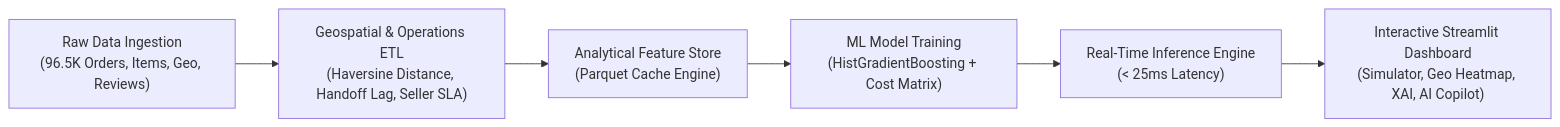
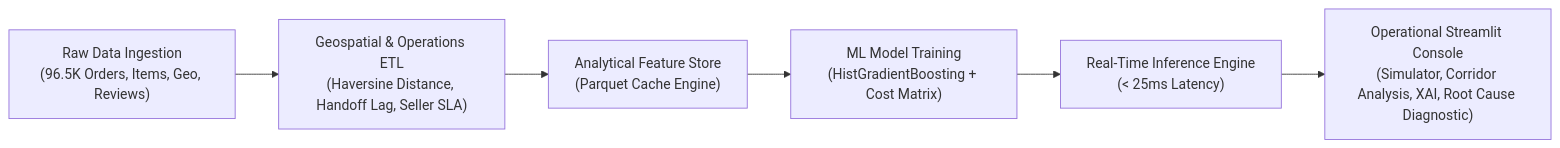
The diagram in README.md (oddproblem/ecom-analytics), drawn with Mermaid before and after one commit. The commit also changed other lines of this file and 4 other files, not shown here.

````diff
--- a/README.md
+++ b/README.md
@@ -29,8 +30,8 @@
 ```mermaid
 flowchart LR
     A["Raw Data Ingestion<br/>(96.5K Orders, Items, Geo, Reviews)"] --> B["Geospatial & Operations ETL<br/>(Haversine Distance, Handoff Lag, Seller SLA)"]
     B --> C["Analytical Feature Store<br/>(Parquet Cache Engine)"]
     C --> D["ML Model Training<br/>(HistGradientBoosting + Cost Matrix)"]
     D --> E["Real-Time Inference Engine<br/>(< 25ms Latency)"]
-    E --> F["Interactive Streamlit Dashboard<br/>(Simulator, Geo Heatmap, XAI, AI Copilot)"]
+    E --> F["Operational Streamlit Console<br/>(Simulator, Corridor Analysis, XAI, Root Cause Diagnostic)"]
 ```
````
